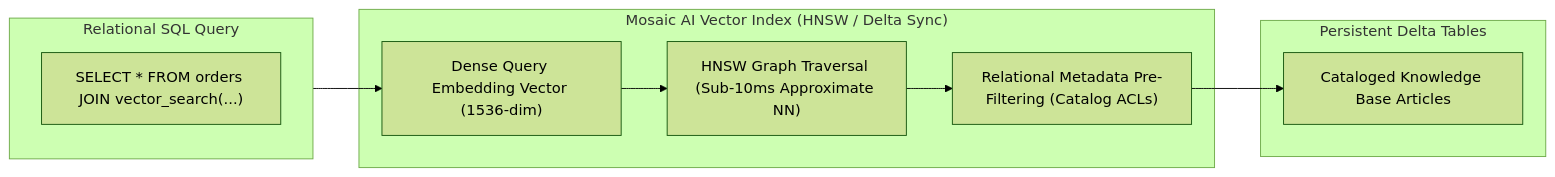
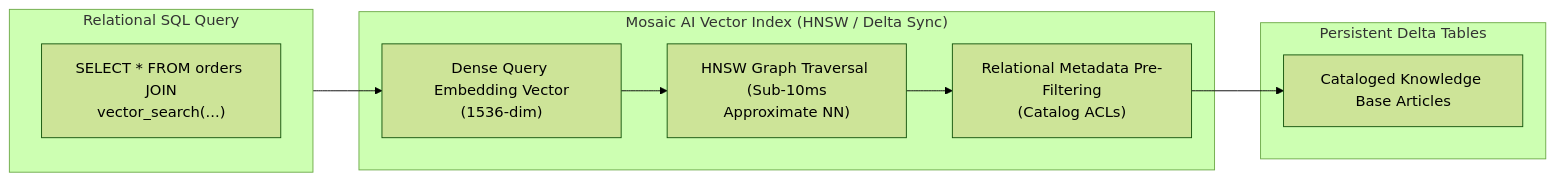
The third of 3 diagrams in architectures/03_storage_engines_row_columnar_and_lakehouse.md (santoshjammi29/sql-handbook), drawn with Mermaid (forest theme) before and after one commit. The commit also changed other lines of this file and 17 other files, not shown here.

Commit message:
fix(diagrams): word-wrap labels and escape comparison operators across all diagrams

````diff
--- a/architectures/03_storage_engines_row_columnar_and_lakehouse.md
+++ b/architectures/03_storage_engines_row_columnar_and_lakehouse.md
@@ -129,18 +129,18 @@
 ```mermaid
 flowchart LR
     subgraph SQLClient["Relational SQL Query"]
-        JoinQuery["SELECT * FROM orders JOIN vector_search(...)"]
+        JoinQuery["SELECT * FROM orders JOIN<br/>vector_search(...)"]
     end
 
     subgraph VectorEngine["Mosaic AI Vector Index (HNSW / Delta Sync)"]
-        Embedding["Dense Query Embedding Vector (1536-dim)"]
-        Index["HNSW Graph Traversal (Sub-10ms Approximate NN)"]
-        Filters["Relational Metadata Pre-Filtering (Catalog ACLs)"]
+        Embedding["Dense Query Embedding Vector<br/>(1536-dim)"]
+        Index["HNSW Graph Traversal (Sub-10ms<br/>Approximate NN)"]
+        Filters["Relational Metadata Pre-Filtering<br/>(Catalog ACLs)"]
     end
 
     subgraph DeltaStorage["Persistent Delta Tables"]
         DocTable["Cataloged Knowledge Base Articles"]
     end
 
     SQLClient --> Embedding --> Index --> Filters --> DocTable
 ```
````
